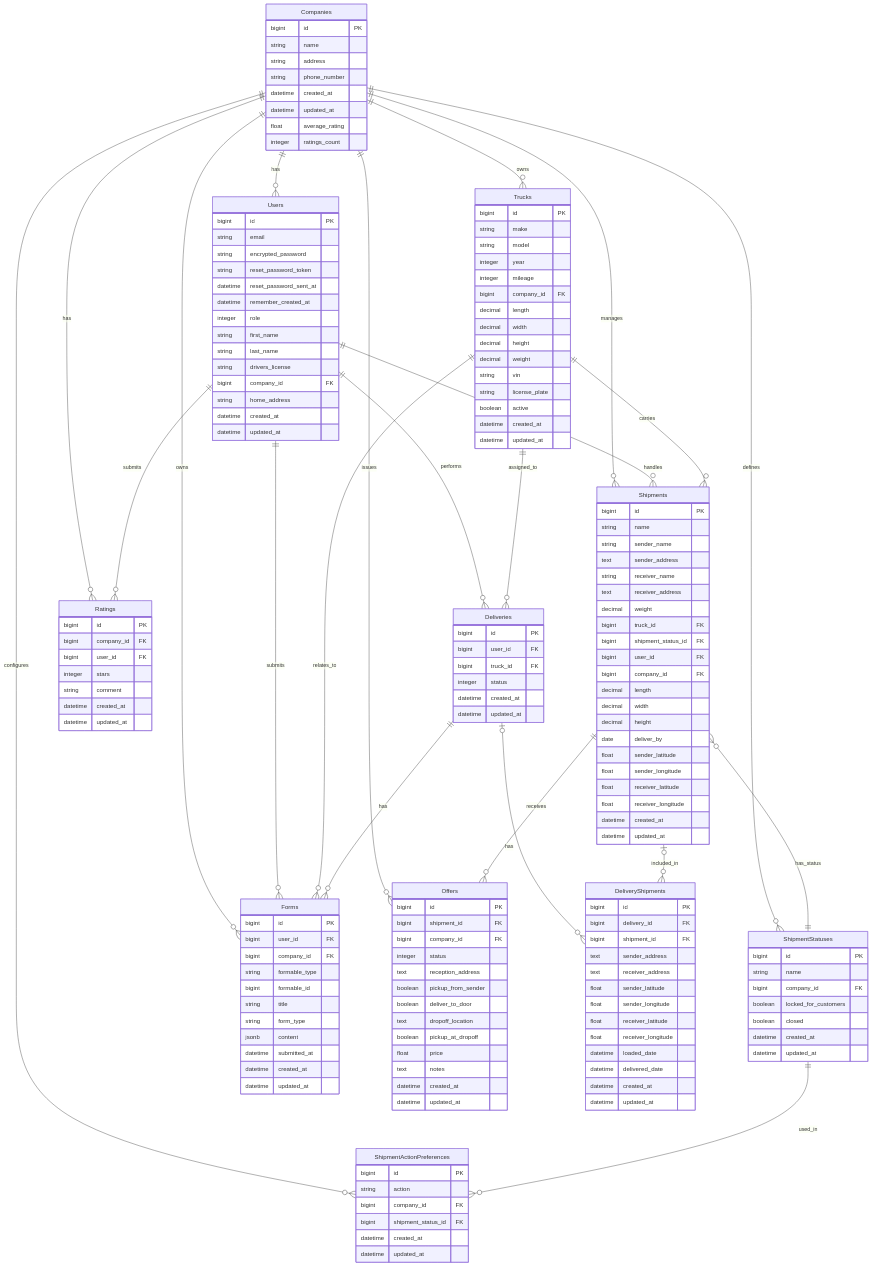
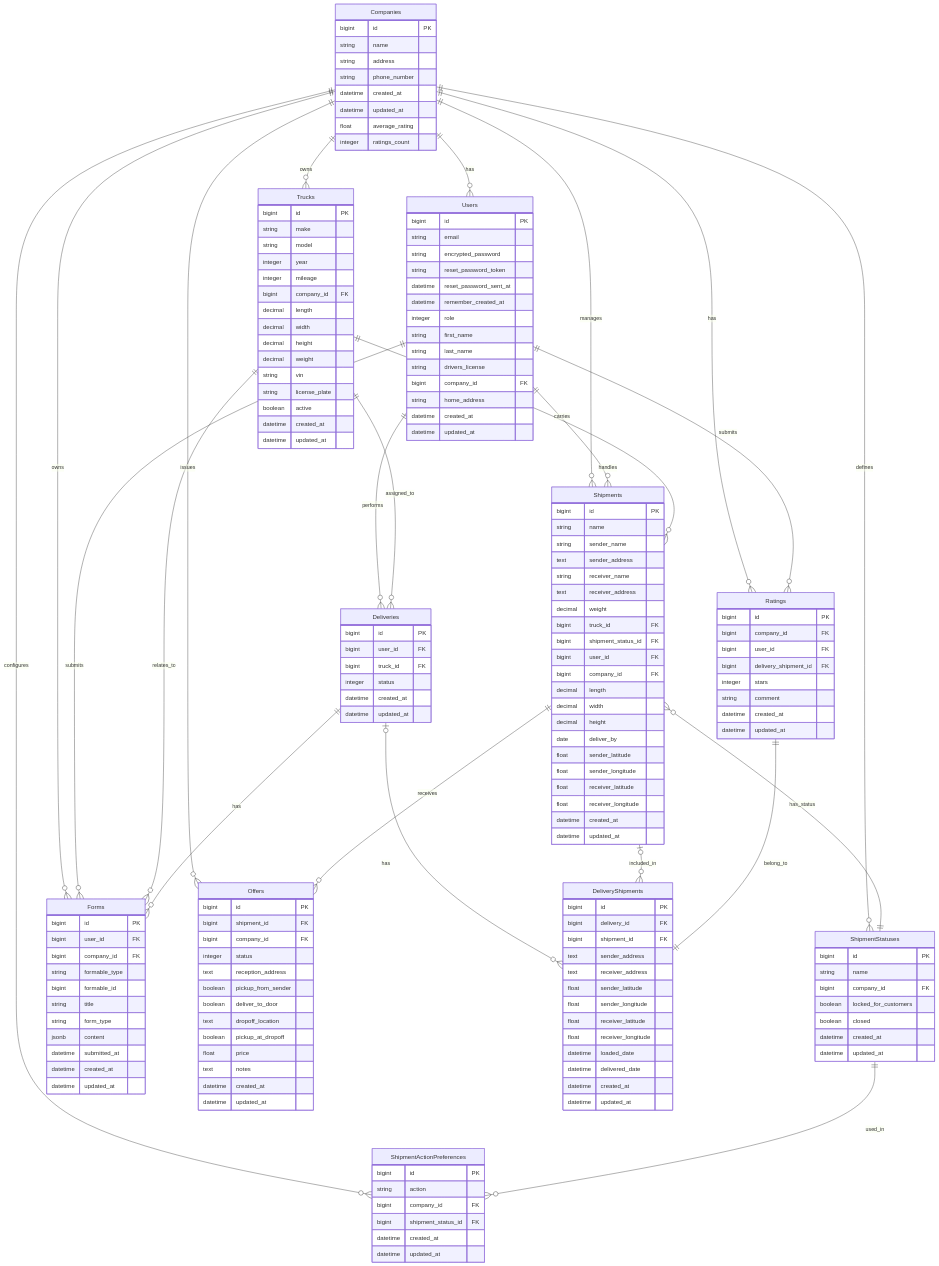
Before and after one commit to devxiongmao/truckin-along: the diagram in docs/erd.mermaid, drawn with Mermaid. The commit also changed 16 other files, not shown here.

```diff
--- a/docs/erd.mermaid
+++ b/docs/erd.mermaid
@@ -1,183 +1,186 @@
 erDiagram
     Companies ||--o{ Users : has
     Companies ||--o{ Trucks : owns
     Companies ||--o{ Shipments : manages
     Companies ||--o{ ShipmentStatuses : defines
     Companies ||--o{ ShipmentActionPreferences : configures
     Companies ||--o{ Forms : owns
     Companies ||--o{ Offers : issues
     Companies ||--o{ Ratings : has
     
     Users ||--o{ Deliveries : performs
     Users ||--o{ Shipments : handles
     Users ||--o{ Forms : submits
     Users ||--o{ Ratings : submits
 
     Shipments ||--o{ Offers : receives
     
     Trucks ||--o{ Deliveries : assigned_to
     Trucks ||--o{ Shipments : carries
     Trucks ||--o{ Forms : relates_to
     
     Shipments }o--|| ShipmentStatuses : has_status
     
     ShipmentStatuses ||--o{ ShipmentActionPreferences : used_in
     
     Deliveries |o--o{ DeliveryShipments : has
     Deliveries ||--o{ Forms : has
     
     Shipments |o--o{ DeliveryShipments : included_in
+
+    Ratings ||--|| DeliveryShipments : belong_to
     
     Companies {
         bigint id PK
         string name
         string address
         string phone_number
         datetime created_at
         datetime updated_at
         float average_rating
         integer ratings_count
     }
 
     Ratings {
         bigint id PK
         bigint company_id FK
         bigint user_id FK
+        bigint delivery_shipment_id FK
         integer stars 
         string comment 
         datetime created_at
         datetime updated_at
     }
     
     Users {
         bigint id PK
         string email
         string encrypted_password
         string reset_password_token
         datetime reset_password_sent_at
         datetime remember_created_at
         integer role
         string first_name
         string last_name
         string drivers_license
         bigint company_id FK
         string home_address
         datetime created_at
         datetime updated_at
     }
     
     Trucks {
         bigint id PK
         string make
         string model
         integer year
         integer mileage
         bigint company_id FK
         decimal length
         decimal width
         decimal height
         decimal weight
         string vin
         string license_plate
         boolean active
         datetime created_at
         datetime updated_at
     }
     
     Deliveries {
         bigint id PK
         bigint user_id FK
         bigint truck_id FK
         integer status
         datetime created_at
         datetime updated_at
     }
     
     Shipments {
         bigint id PK
         string name
         string sender_name
         text sender_address
         string receiver_name
         text receiver_address
         decimal weight
         bigint truck_id FK
         bigint shipment_status_id FK
         bigint user_id FK
         bigint company_id FK
         decimal length
         decimal width
         decimal height
         date deliver_by
         float sender_latitude
         float sender_longitude
         float receiver_latitude
         float receiver_longitude
         datetime created_at
         datetime updated_at
     }
 
     DeliveryShipments {
         bigint id PK
         bigint delivery_id FK
         bigint shipment_id FK
         text sender_address
         text receiver_address
         float sender_latitude
         float sender_longitude
         float receiver_latitude
         float receiver_longitude
         datetime loaded_date
         datetime delivered_date
         datetime created_at
         datetime updated_at
     }
     
     ShipmentStatuses {
         bigint id PK
         string name
         bigint company_id FK
         boolean locked_for_customers
         boolean closed
         datetime created_at
         datetime updated_at
     }
     
     ShipmentActionPreferences {
         bigint id PK
         string action
         bigint company_id FK
         bigint shipment_status_id FK
         datetime created_at
         datetime updated_at
     }
     
     Forms {
         bigint id PK
         bigint user_id FK
         bigint company_id FK
         string formable_type
         bigint formable_id
         string title
         string form_type
         jsonb content
         datetime submitted_at
         datetime created_at
         datetime updated_at
     }
     
     Offers {
         bigint id PK
         bigint shipment_id FK
         bigint company_id FK
         integer status
         text reception_address
         boolean pickup_from_sender
         boolean deliver_to_door
         text dropoff_location
         boolean pickup_at_dropoff
         float price
         text notes
         datetime created_at
         datetime updated_at
     }
```
